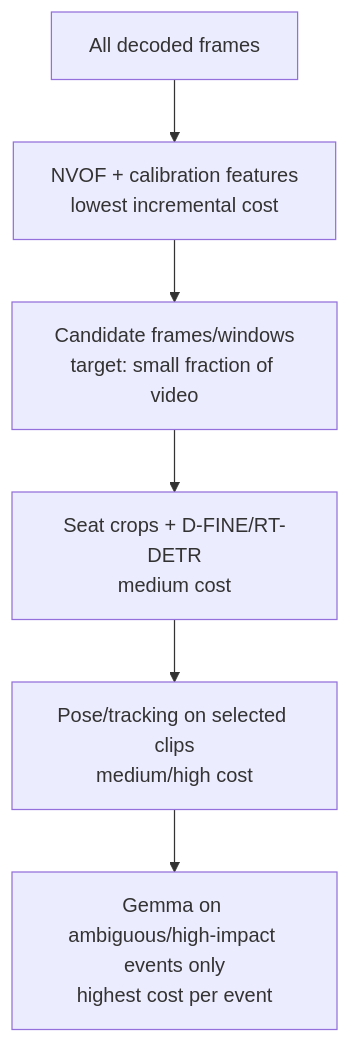
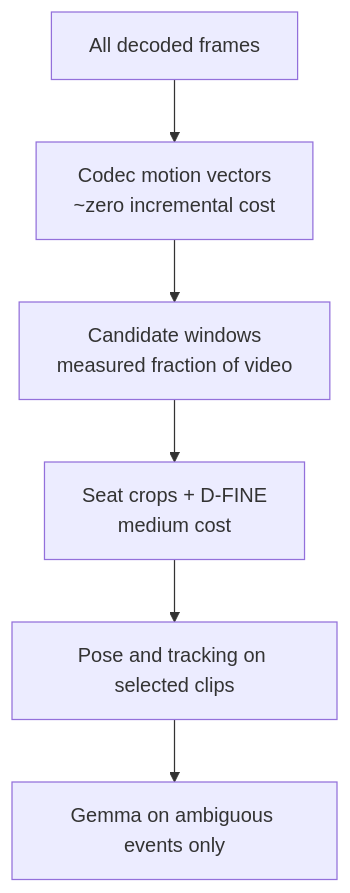
Before and after one commit to atharvavdeo/Project-Classroom: the third of 3 diagrams in Project_Classroom_PRD.md, drawn with Mermaid. The commit also changed other lines of this file and 21 other files, not shown here.

First line of the commit message:
PRD v3.0 and phases 1-4: ingest, calibration, motion scan, segmentation

````diff
--- a/Project_Classroom_PRD.md
+++ b/Project_Classroom_PRD.md
@@ -632,8 +602,8 @@
 ```mermaid
 flowchart TD
-    A["All decoded frames"] --> B["NVOF + calibration features<br/>lowest incremental cost"]
-    B --> C["Candidate frames/windows<br/>target: small fraction of video"]
-    C --> D["Seat crops + D-FINE/RT-DETR<br/>medium cost"]
-    D --> E["Pose/tracking on selected clips<br/>medium/high cost"]
-    E --> F["Gemma on ambiguous/high-impact events only<br/>highest cost per event"]
+    A["All decoded frames"] --> B["Codec motion vectors<br/>~zero incremental cost"]
+    B --> C["Candidate windows<br/>measured fraction of video"]
+    C --> D["Seat crops + D-FINE<br/>medium cost"]
+    D --> E["Pose and tracking on selected clips"]
+    E --> F["Gemma on ambiguous events only"]
 ```
````
